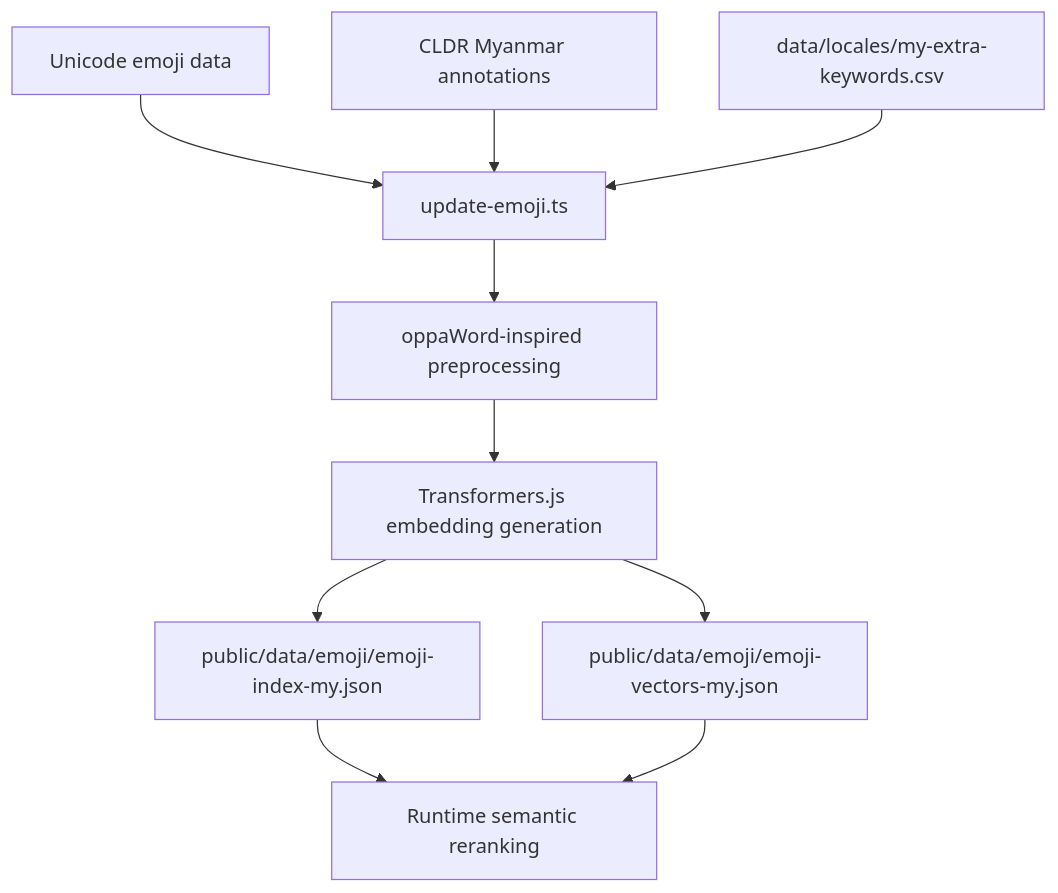
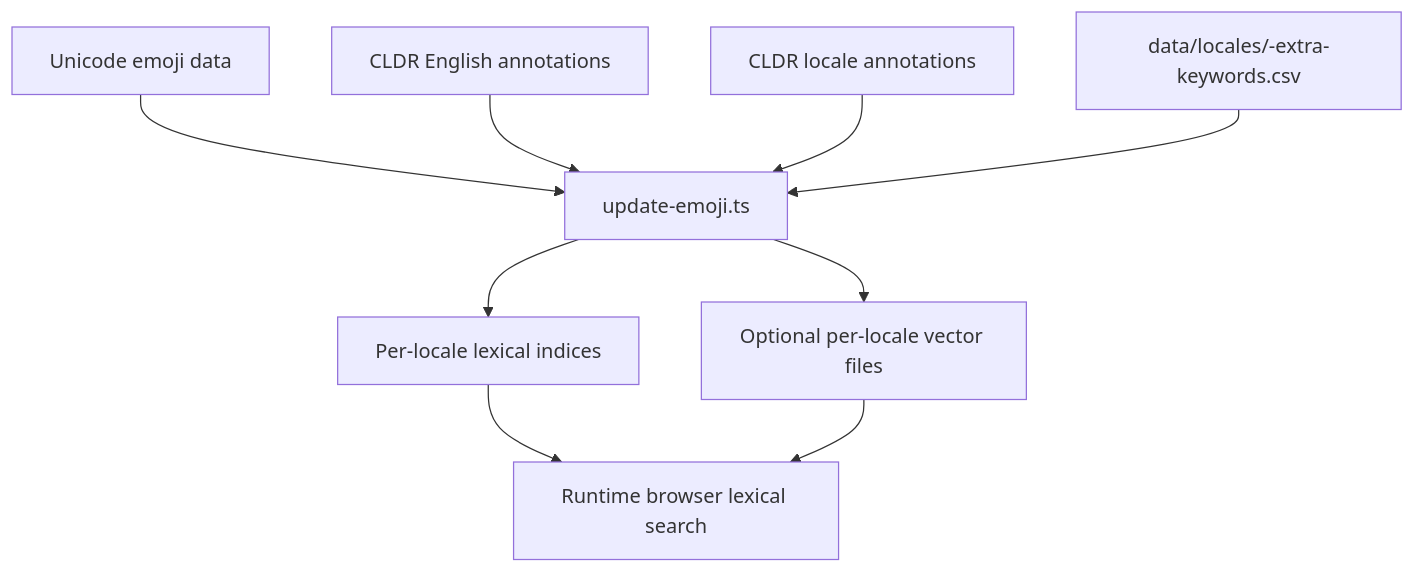
One commit to heinko/my-emoji-search changed the second of 2 diagrams in README.md. Above: the diagram before and after it, drawn with Mermaid. The commit also changed other lines of this file and 21 other files, not shown here.

````diff
--- a/README.md
+++ b/README.md
@@ -43,12 +60,11 @@
 ```mermaid
 flowchart TD
     U["Unicode emoji data"] --> B["update-emoji.ts"]
-    C["CLDR Myanmar annotations"] --> B
-    O["data/locales/my-extra-keywords.csv"] --> B
-    B --> O2["oppaWord-inspired preprocessing"]
-    O2 --> E["Transformers.js embedding generation"]
-    E --> J["public/data/emoji/emoji-index-my.json"]
-    E --> K["public/data/emoji/emoji-vectors-my.json"]
-    J --> R["Runtime browser lexical search"]
-    K --> R["Runtime semantic reranking"]
+    E["CLDR English annotations"] --> B
+    L["CLDR locale annotations"] --> B
+    K["data/locales/<locale>-extra-keywords.csv"] --> B
+    B --> P["Per-locale lexical indices"]
+    B --> V["Optional per-locale vector files"]
+    P --> R["Runtime browser lexical search"]
+    V --> R
 ```
````
